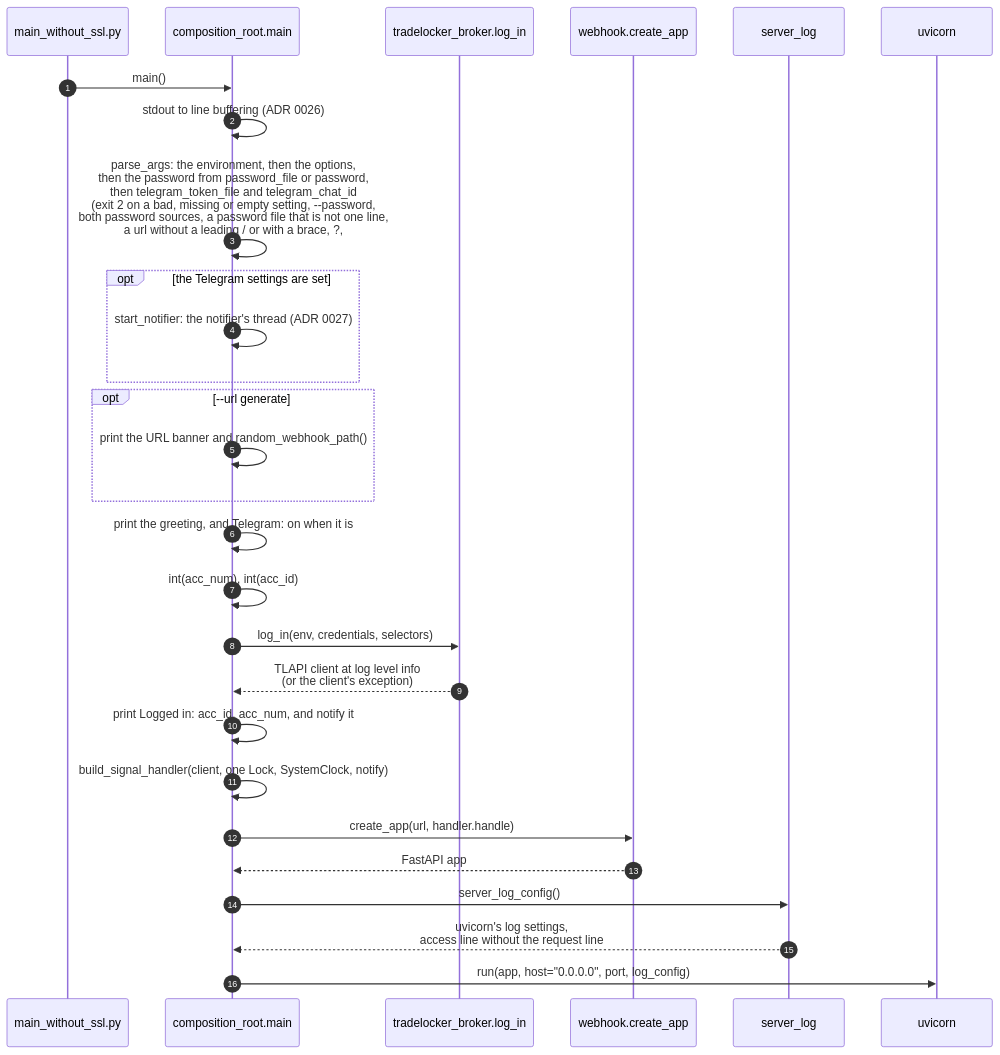
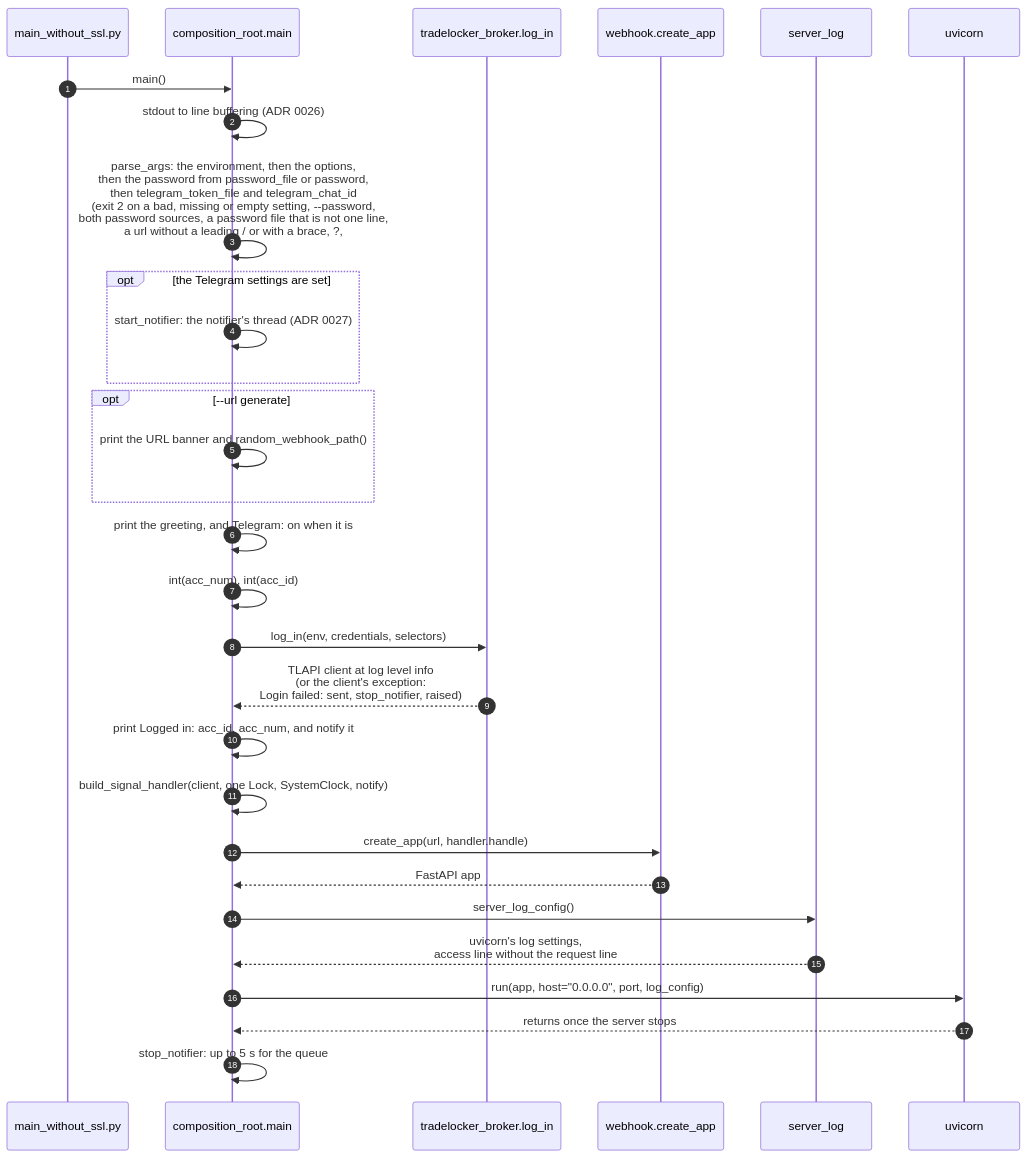
Before and after one commit to Akinzou/TradeLockerBot: the second of 6 diagrams in docs/architecture.md, drawn with Mermaid. The commit also changed other lines of this file and 3 other files, not shown here.

Commit message:
docs: the review fixes for step 6o in ADR 0027, the README and the architecture

````diff
--- a/docs/architecture.md
+++ b/docs/architecture.md
@@ -106,30 +106,32 @@
 ```mermaid
 sequenceDiagram
     autonumber
     participant EP as main_without_ssl.py
     participant CR as composition_root.main
     participant TB as tradelocker_broker.log_in
     participant WH as webhook.create_app
     participant SL as server_log
     participant U as uvicorn
     EP->>CR: main()
     CR->>CR: stdout to line buffering (ADR 0026)
     CR->>CR: parse_args: the environment, then the options,<br/>then the password from password_file or password,<br/>then telegram_token_file and telegram_chat_id<br/>(exit 2 on a bad, missing or empty setting, --password,<br/>both password sources, a password file that is not one line,<br/>a url without a leading / or with a brace, ?, # or %,<br/>one Telegram setting alone, a file with no bot token, a bad chat id)
     opt the Telegram settings are set
         CR->>CR: start_notifier: the notifier's thread (ADR 0027)
     end
     opt --url generate
         CR->>CR: print the URL banner and random_webhook_path()
     end
     CR->>CR: print the greeting, and Telegram: on when it is
     CR->>CR: int(acc_num), int(acc_id)
     CR->>TB: log_in(env, credentials, selectors)
-    TB-->>CR: TLAPI client at log level info<br/>(or the client's exception)
+    TB-->>CR: TLAPI client at log level info<br/>(or the client's exception:<br/>Login failed: sent, stop_notifier, raised)
     CR->>CR: print Logged in: acc_id, acc_num, and notify it
     CR->>CR: build_signal_handler(client, one Lock, SystemClock, notify)
     CR->>WH: create_app(url, handler.handle)
     WH-->>CR: FastAPI app
     CR->>SL: server_log_config()
     SL-->>CR: uvicorn's log settings,<br/>access line without the request line
     CR->>U: run(app, host="0.0.0.0", port, log_config)
+    U-->>CR: returns once the server stops
+    CR->>CR: stop_notifier: up to 5 s for the queue
 ```
````
